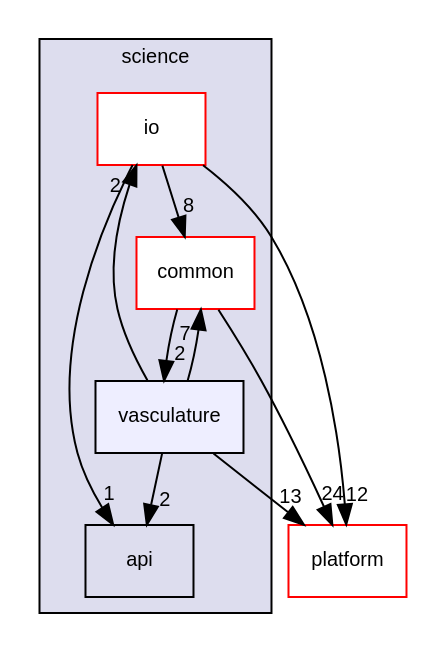
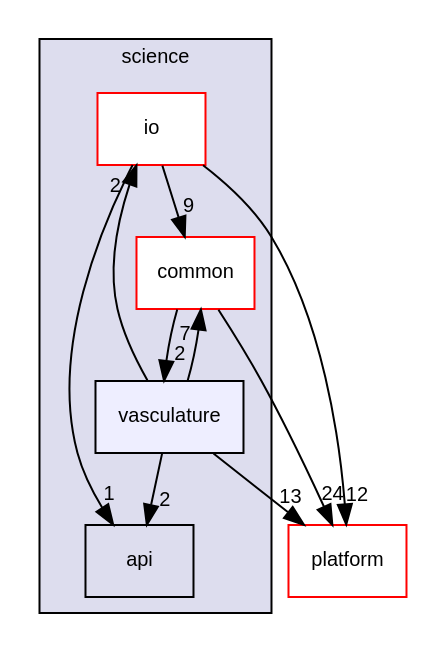
One commit to BlueBrain/BioExplorer changed the diagram in docs/dir_5758778dfd663ff3332a3b8d1af8a2db_dep.dot. Above: the diagram before and after it, drawn with Graphviz. The commit also changed 1194 other files, not shown here.

```diff
--- a/docs/dir_5758778dfd663ff3332a3b8d1af8a2db_dep.dot
+++ b/docs/dir_5758778dfd663ff3332a3b8d1af8a2db_dep.dot
@@ -1,22 +1,22 @@
 digraph "bioexplorer/backend/science/vasculature" {
   compound=true
   node [ fontsize="10", fontname="Helvetica"];
   edge [ labelfontsize="10", labelfontname="Helvetica"];
   subgraph clusterdir_14d627cccd023aaf4f18eaf1359097e2 {
     graph [ bgcolor="#ddddee", pencolor="black", label="science" fontname="Helvetica", fontsize="10", URL="dir_14d627cccd023aaf4f18eaf1359097e2.html"]
   dir_250f267abadc546ecc00bd4d0ef83277 [shape=box label="io" fillcolor="white" style="filled" color="red" URL="dir_250f267abadc546ecc00bd4d0ef83277.html"];
   dir_5e35986c19ea419782b8bbaa2dbf7d22 [shape=box label="common" fillcolor="white" style="filled" color="red" URL="dir_5e35986c19ea419782b8bbaa2dbf7d22.html"];
   dir_d1f54f9136e312278e3013f14979bb60 [shape=box label="api" URL="dir_d1f54f9136e312278e3013f14979bb60.html"];
   dir_5758778dfd663ff3332a3b8d1af8a2db [shape=box, label="vasculature", style="filled", fillcolor="#eeeeff", pencolor="black", URL="dir_5758778dfd663ff3332a3b8d1af8a2db.html"];
   }
   dir_c5a52a81292cf9a5167198f4f346d6d9 [shape=box label="platform" fillcolor="white" style="filled" color="red" URL="dir_c5a52a81292cf9a5167198f4f346d6d9.html"];
-  dir_250f267abadc546ecc00bd4d0ef83277->dir_5e35986c19ea419782b8bbaa2dbf7d22 [headlabel="8", labeldistance=1.5 headhref="dir_000051_000043.html"];
-  dir_250f267abadc546ecc00bd4d0ef83277->dir_c5a52a81292cf9a5167198f4f346d6d9 [headlabel="12", labeldistance=1.5 headhref="dir_000051_000061.html"];
-  dir_250f267abadc546ecc00bd4d0ef83277->dir_d1f54f9136e312278e3013f14979bb60 [headlabel="1", labeldistance=1.5 headhref="dir_000051_000039.html"];
-  dir_5758778dfd663ff3332a3b8d1af8a2db->dir_250f267abadc546ecc00bd4d0ef83277 [headlabel="2", labeldistance=1.5 headhref="dir_000057_000051.html"];
-  dir_5758778dfd663ff3332a3b8d1af8a2db->dir_5e35986c19ea419782b8bbaa2dbf7d22 [headlabel="7", labeldistance=1.5 headhref="dir_000057_000043.html"];
+  dir_250f267abadc546ecc00bd4d0ef83277->dir_5e35986c19ea419782b8bbaa2dbf7d22 [headlabel="9", labeldistance=1.5 headhref="dir_000049_000042.html"];
+  dir_250f267abadc546ecc00bd4d0ef83277->dir_c5a52a81292cf9a5167198f4f346d6d9 [headlabel="12", labeldistance=1.5 headhref="dir_000049_000061.html"];
+  dir_250f267abadc546ecc00bd4d0ef83277->dir_d1f54f9136e312278e3013f14979bb60 [headlabel="1", labeldistance=1.5 headhref="dir_000049_000038.html"];
+  dir_5758778dfd663ff3332a3b8d1af8a2db->dir_250f267abadc546ecc00bd4d0ef83277 [headlabel="2", labeldistance=1.5 headhref="dir_000057_000049.html"];
+  dir_5758778dfd663ff3332a3b8d1af8a2db->dir_5e35986c19ea419782b8bbaa2dbf7d22 [headlabel="7", labeldistance=1.5 headhref="dir_000057_000042.html"];
   dir_5758778dfd663ff3332a3b8d1af8a2db->dir_c5a52a81292cf9a5167198f4f346d6d9 [headlabel="13", labeldistance=1.5 headhref="dir_000057_000061.html"];
-  dir_5758778dfd663ff3332a3b8d1af8a2db->dir_d1f54f9136e312278e3013f14979bb60 [headlabel="2", labeldistance=1.5 headhref="dir_000057_000039.html"];
-  dir_5e35986c19ea419782b8bbaa2dbf7d22->dir_5758778dfd663ff3332a3b8d1af8a2db [headlabel="2", labeldistance=1.5 headhref="dir_000043_000057.html"];
-  dir_5e35986c19ea419782b8bbaa2dbf7d22->dir_c5a52a81292cf9a5167198f4f346d6d9 [headlabel="24", labeldistance=1.5 headhref="dir_000043_000061.html"];
+  dir_5758778dfd663ff3332a3b8d1af8a2db->dir_d1f54f9136e312278e3013f14979bb60 [headlabel="2", labeldistance=1.5 headhref="dir_000057_000038.html"];
+  dir_5e35986c19ea419782b8bbaa2dbf7d22->dir_5758778dfd663ff3332a3b8d1af8a2db [headlabel="2", labeldistance=1.5 headhref="dir_000042_000057.html"];
+  dir_5e35986c19ea419782b8bbaa2dbf7d22->dir_c5a52a81292cf9a5167198f4f346d6d9 [headlabel="24", labeldistance=1.5 headhref="dir_000042_000061.html"];
 }
```
